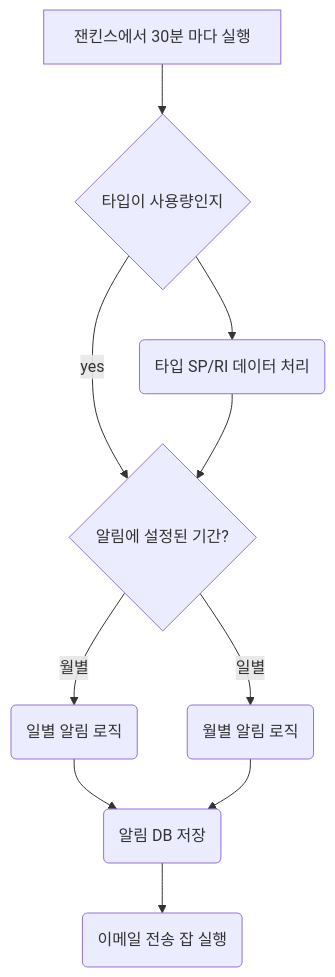
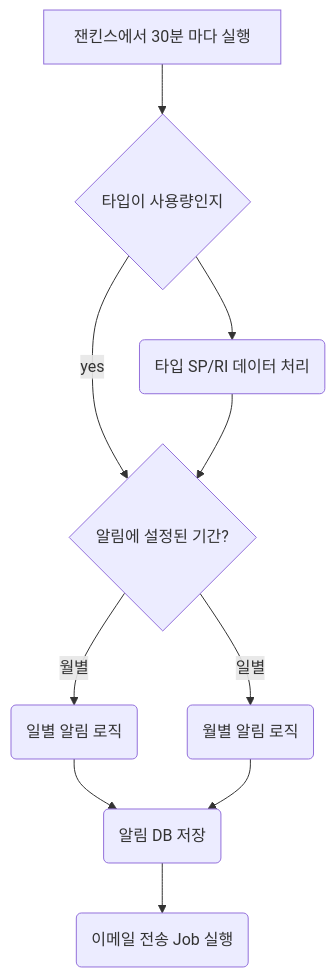
Before and after one commit to next-step/career-architecture: the diagram in asis/ARCHITECTURE-parkjun5-2.md, drawn with Mermaid. The commit also changed other lines of this file and 1 other file, not shown here.

````diff
--- a/asis/ARCHITECTURE-parkjun5-2.md
+++ b/asis/ARCHITECTURE-parkjun5-2.md
@@ -26,13 +29,13 @@
 ```mermaid
 flowchart TD
     A[잰킨스에서 30분 마다 실행] -->B{타입이 사용량인지}
     B --> C(타입 SP/RI 데이터 처리)
     B --> |yes| F{알림에 설정된 기간?}
     C --> F
     F --> |월별| Q(일별 알림 로직)
     F --> |일별| W(월별 알림 로직)
     Q --> G(알림 DB 저장)
     W --> G
-    G --> T(이메일 전송 잡 실행)
+    G --> T(이메일 전송 Job 실행)
     
 ```
````
